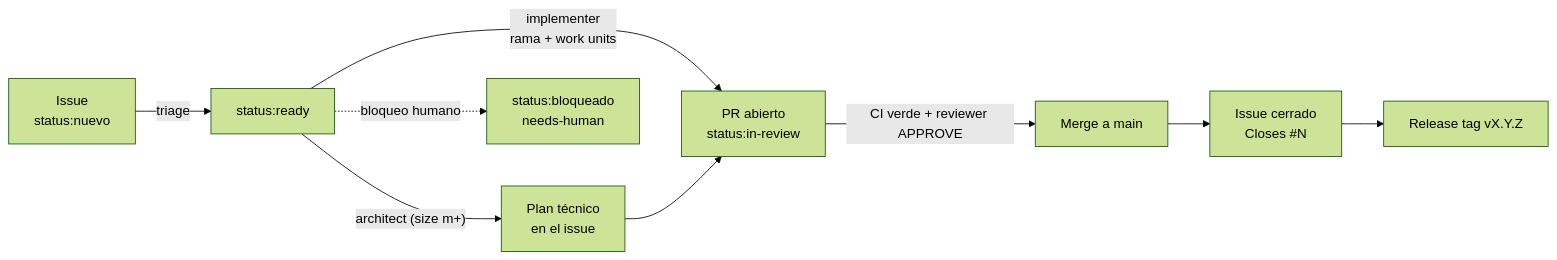
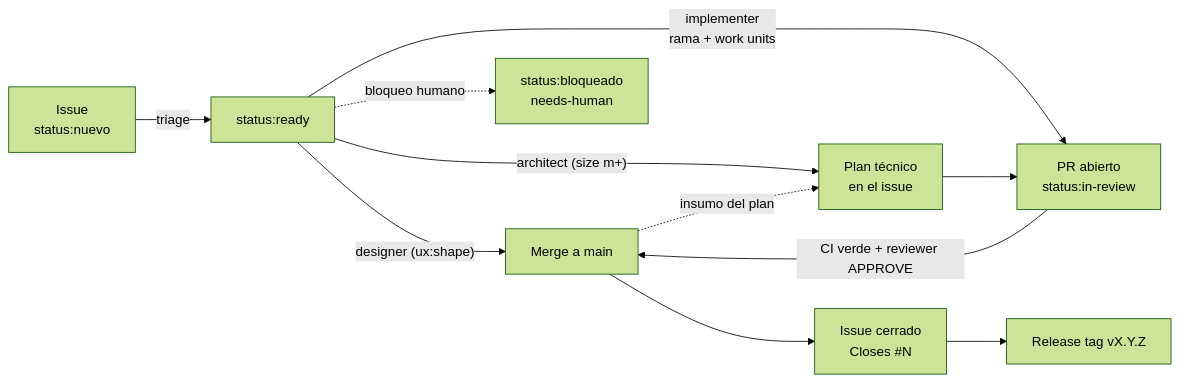
One commit to tiagofur/imalive changed the diagram in docs/procesos/flujo-desarrollo.md. Above: the diagram before and after it, drawn with Mermaid (forest theme). The commit also changed other lines of this file and 5 other files, not shown here.

````diff
--- a/docs/procesos/flujo-desarrollo.md
+++ b/docs/procesos/flujo-desarrollo.md
@@ -7,11 +7,13 @@
 ```mermaid
 flowchart LR
     A["Issue<br/>status:nuevo"] -->|triage| B["status:ready"]
+    B -->|"designer (ux:shape)"| D["Brief UX<br/>en el issue"]
     B -->|"architect (size m+)"| P["Plan técnico<br/>en el issue"]
     B -->|"implementer<br/>rama + work units"| C["PR abierto<br/>status:in-review"]
+    D -.->|"insumo del plan"| P
     P --> C
     C -->|"CI verde + reviewer APPROVE"| D["Merge a main"]
     D --> E["Issue cerrado<br/>Closes #N"]
     E --> F["Release tag vX.Y.Z"]
     B -.->|"bloqueo humano"| X["status:bloqueado<br/>needs-human"]
 ```
````
